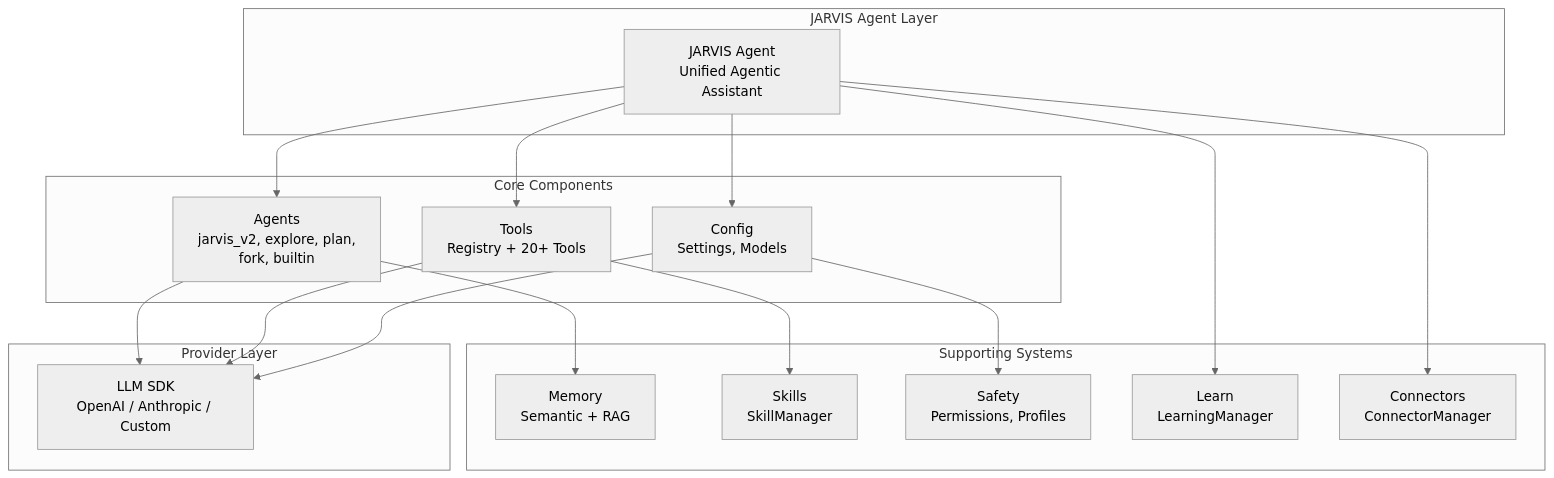
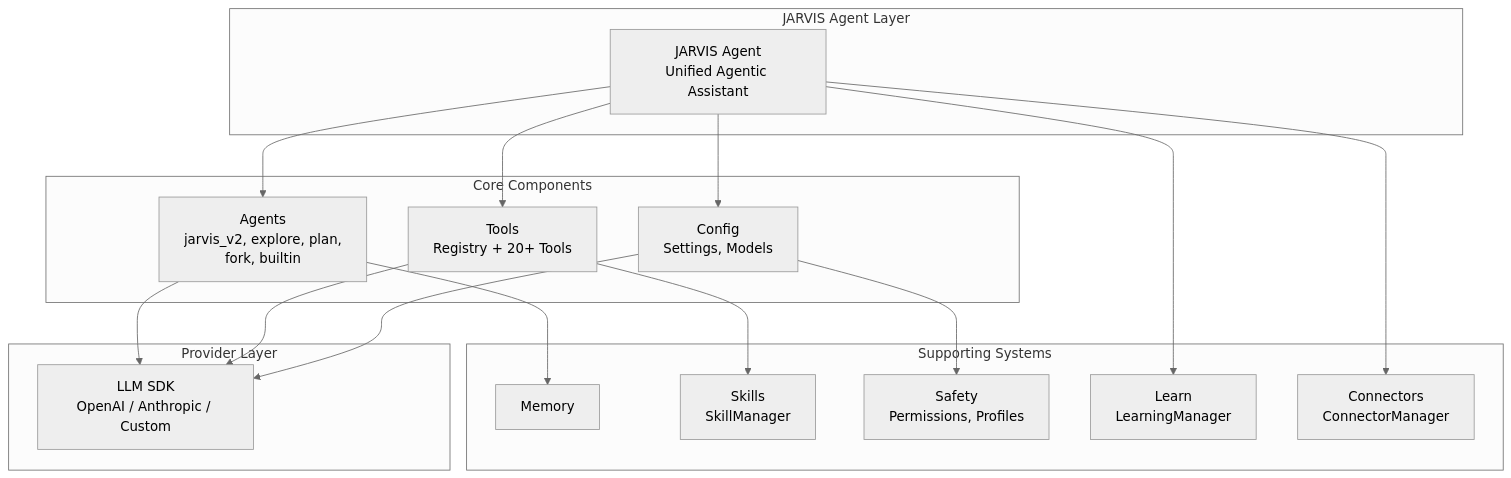
The diagram in README.md (AnonymousCoderArtist/JARVIS-2.0), drawn with Mermaid (neutral theme) before and after one commit. The commit also changed other lines of this file and 4 other files, not shown here.

````diff
--- a/README.md
+++ b/README.md
@@ -64,36 +64,36 @@
 ```mermaid
 graph TB
     subgraph "JARVIS Agent Layer"
         A[JARVIS Agent<br/>Unified Agentic Assistant]
     end
 
     subgraph "Core Components"
         B[Agents<br/>jarvis_v2, explore, plan,<br/>fork, builtin]
         C[Tools<br/>Registry + 20+ Tools]
         D[Config<br/>Settings, Models]
     end
 
     subgraph "Supporting Systems"
-        E[Memory<br/>Semantic + RAG]
+        E[Memory]
         F[Skills<br/>SkillManager]
         G[Safety<br/>Permissions, Profiles]
         H[Learn<br/>LearningManager]
         I[Connectors<br/>ConnectorManager]
     end
 
     subgraph "Provider Layer"
         J[LLM SDK<br/>OpenAI / Anthropic / Custom]
     end
 
     A --> B
     A --> C
     A --> D
     B --> E
     C --> F
     D --> G
     B --> J
     C --> J
     D --> J
     A --> H
     A --> I
 ```
````
